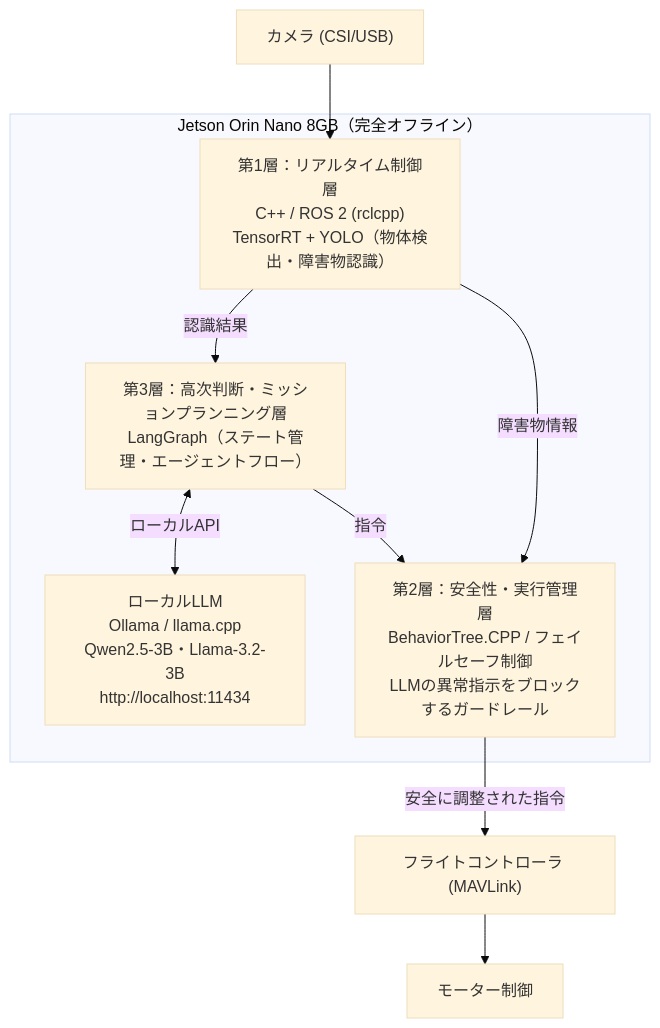
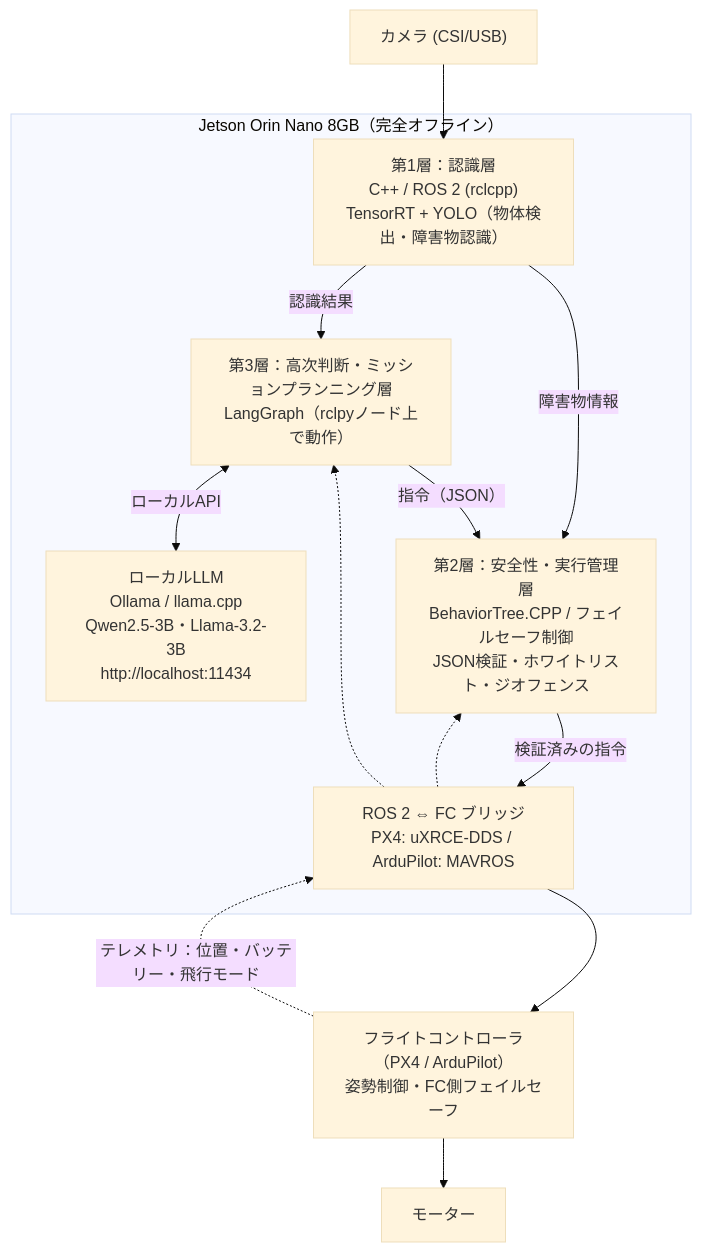
Before and after one commit to Hide369/Lang_Chain: the first of 2 diagrams in docs/drone-local-llm-architecture.md, drawn with Mermaid (base theme). The commit also changed other lines of this file, not shown here.

````diff
--- a/docs/drone-local-llm-architecture.md
+++ b/docs/drone-local-llm-architecture.md
@@ -7,22 +7,28 @@
 ```mermaid
 flowchart TD
     CAM["カメラ (CSI/USB)"]
 
     subgraph JETSON["Jetson Orin Nano 8GB（完全オフライン）"]
-        L1["第1層：リアルタイム制御層<br/>C++ / ROS 2 (rclcpp)<br/>TensorRT + YOLO（物体検出・障害物認識）"]
-        L3["第3層：高次判断・ミッションプランニング層<br/>LangGraph（ステート管理・エージェントフロー）"]
+        L1["第1層：認識層<br/>C++ / ROS 2 (rclcpp)<br/>TensorRT + YOLO（物体検出・障害物認識）"]
+        L3["第3層：高次判断・ミッションプランニング層<br/>LangGraph（rclpyノード上で動作）"]
         LLM["ローカルLLM<br/>Ollama / llama.cpp<br/>Qwen2.5-3B・Llama-3.2-3B<br/>http://localhost:11434"]
-        L2["第2層：安全性・実行管理層<br/>BehaviorTree.CPP / フェイルセーフ制御<br/>LLMの異常指示をブロックするガードレール"]
+        L2["第2層：安全性・実行管理層<br/>BehaviorTree.CPP / フェイルセーフ制御<br/>JSON検証・ホワイトリスト・ジオフェンス"]
+        BR["ROS 2 ⇔ FC ブリッジ<br/>PX4: uXRCE-DDS / ArduPilot: MAVROS"]
     end
 
-    FC["フライトコントローラ (MAVLink)"]
-    MOT["モーター制御"]
+    FC["フライトコントローラ（PX4 / ArduPilot）<br/>姿勢制御・FC側フェイルセーフ"]
+    MOT["モーター"]
 
     CAM --> L1
     L1 -->|認識結果| L3
     L1 -->|障害物情報| L2
     L3 <-->|ローカルAPI| LLM
-    L3 -->|指令| L2
-    L2 -->|安全に調整された指令| FC
+    L3 -->|指令（JSON）| L2
+    L2 -->|検証済みの指令| BR
+    BR --> FC
     FC --> MOT
+
+    FC -.->|テレメトリ：位置・バッテリー・飛行モード| BR
+    BR -.-> L2
+    BR -.-> L3
 ```
````
